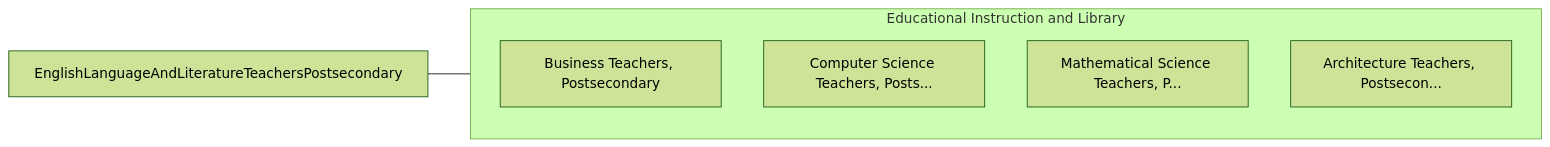
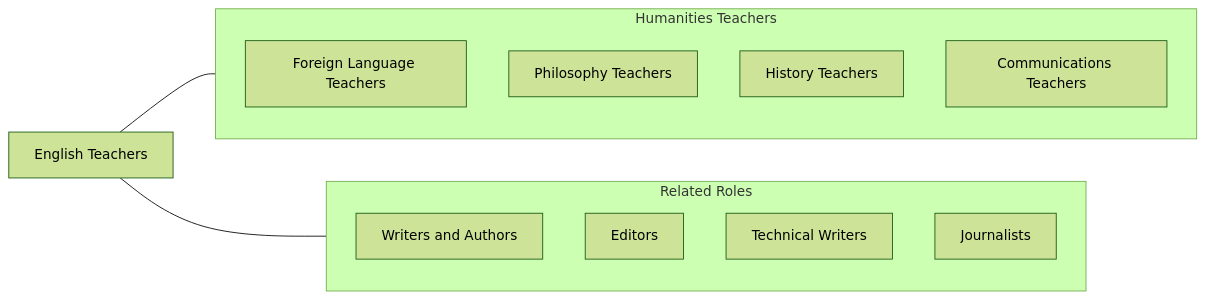
One commit to kziemski/business.org.ai changed the fourth of 4 diagrams in occupations/Education/EnglishLanguageAndLiteratureTeachersPostsecondary.mdx. Above: the diagram before and after it, drawn with Mermaid (forest theme). The commit also changed other lines of this file and 938 other files, not shown here.

````diff
--- a/occupations/Education/EnglishLanguageAndLiteratureTeachersPostsecondary.mdx
+++ b/occupations/Education/EnglishLanguageAndLiteratureTeachersPostsecondary.mdx
@@ -101,13 +170,21 @@
 ```mermaid
 graph LR
-    Current["EnglishLanguageAndLiteratureTeachersPostsecondary"]
+    Current["English Teachers"]
 
-    subgraph SameCategory["Educational Instruction and Library"]
-        BusinessTeachersPost["Business Teachers, Postsecondary"]
-        ComputerScienceTeach["Computer Science Teachers, Posts..."]
-        MathematicalScienceT["Mathematical Science Teachers, P..."]
-        ArchitectureTeachers["Architecture Teachers, Postsecon..."]
+    subgraph SameCategory["Humanities Teachers"]
+        ForeignLang["Foreign Language Teachers"]
+        Philosophy["Philosophy Teachers"]
+        History["History Teachers"]
+        Communications["Communications Teachers"]
+    end
+
+    subgraph CrossFunctional["Related Roles"]
+        Writers["Writers and Authors"]
+        Editors["Editors"]
+        TechWriters["Technical Writers"]
+        Journalists["Journalists"]
     end
 
     Current --- SameCategory
+    Current --- CrossFunctional
 ```
````
